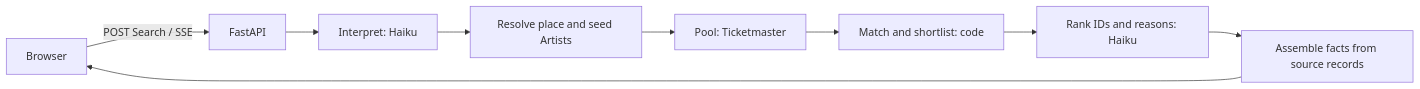
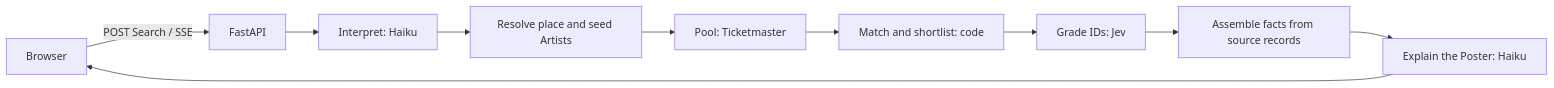
Before and after one commit to athervvidhate/ConcertScout: the diagram in README.md, drawn with Mermaid. The commit also changed other lines of this file and 27 other files, not shown here.

First line of the commit message:
Grade the shortlist with Jev and write reasons for the Poster only

````diff
--- a/README.md
+++ b/README.md
@@ -13,11 +13,12 @@
 ```mermaid
 flowchart LR
     B[Browser] -->|POST Search / SSE| A[FastAPI]
     A --> I[Interpret: Haiku]
     I --> R[Resolve place and seed Artists]
     R --> P[Pool: Ticketmaster]
     P --> M[Match and shortlist: code]
-    M --> K[Rank IDs and reasons: Haiku]
+    M --> K[Grade IDs: Jev]
     K --> S[Assemble facts from source records]
-    S --> B
+    S --> E[Explain the Poster: Haiku]
+    E --> B
 ```
````
